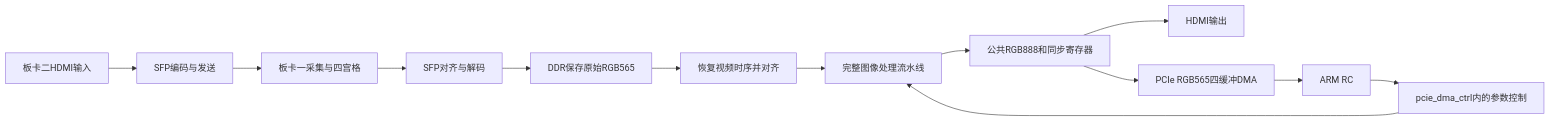
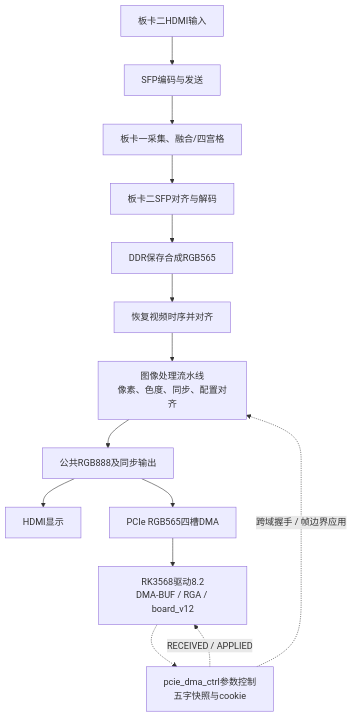
One commit to istiurosmadelgordont-cloud/RoadFusion-Edge changed the diagram in fpga/dual_board/board2_sfp_pcie/docs/CODE_WALKTHROUGH.md. Above: the diagram before and after it, drawn with Mermaid. The commit also changed 9 other files, not shown here.

First line of the commit message:
docs: clarify system architecture and processing diagrams

````diff
--- a/fpga/dual_board/board2_sfp_pcie/docs/CODE_WALKTHROUGH.md
+++ b/fpga/dual_board/board2_sfp_pcie/docs/CODE_WALKTHROUGH.md
@@ -18,15 +18,16 @@
 ```mermaid
-flowchart LR
-    HDMI[板卡二HDMI输入] --> TX[SFP编码与发送]
-    TX --> B1[板卡一采集与四宫格]
-    B1 --> RX[SFP对齐与解码]
-    RX --> DDR[DDR保存原始RGB565]
-    DDR --> ALIGN[恢复视频时序并对齐]
-    ALIGN --> IMG[完整图像处理流水线]
-    IMG --> OUT[公共RGB888和同步寄存器]
-    OUT --> MON[HDMI输出]
-    OUT --> DMA[PCIe RGB565四缓冲DMA]
-    DMA --> RC[ARM RC]
-    RC --> CFG[pcie_dma_ctrl内的参数控制]
-    CFG --> IMG
+flowchart TB
+    HDMI["板卡二HDMI输入"] --> TX["SFP编码与发送"]
+    TX --> B1["板卡一采集、融合/四宫格"]
+    B1 --> RX["板卡二SFP对齐与解码"]
+    RX --> DDR["DDR保存合成RGB565"]
+    DDR --> ALIGN["恢复视频时序并对齐"]
+    ALIGN --> IMG["图像处理流水线<br/>像素、色度、同步、配置对齐"]
+    IMG --> OUT["公共RGB888及同步输出"]
+    OUT --> MON["HDMI显示"]
+    OUT --> DMA["PCIe RGB565四槽DMA"]
+    DMA --> RC["RK3568驱动8.2<br/>DMA-BUF / RGA / board_v12"]
+    RC -.-> CFG["pcie_dma_ctrl参数控制<br/>五字快照与cookie"]
+    CFG -.->|跨域握手 / 帧边界应用| IMG
+    CFG -.->|RECEIVED / APPLIED| RC
 ```
````
